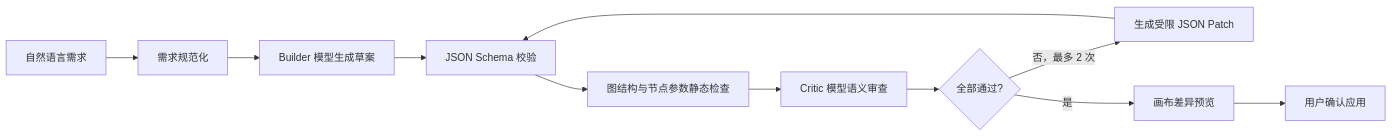
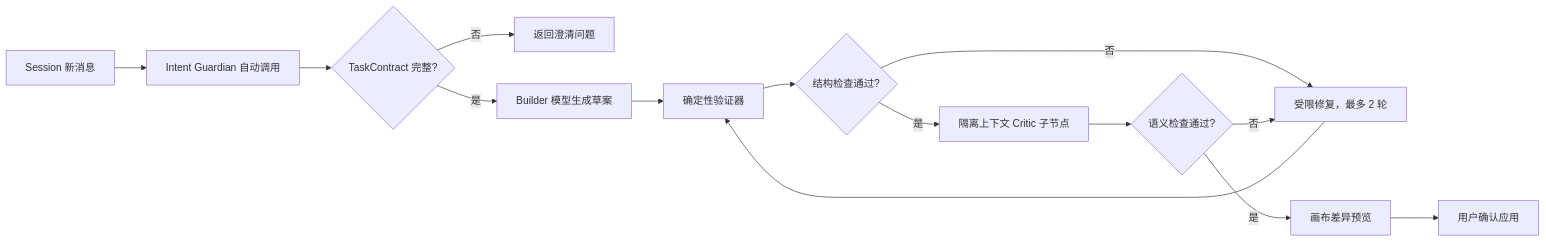
Before and after one commit to cdllang/ai-flow-studio: the diagram in AI_WORKFLOW_ASSISTANT_DESIGN.md, drawn with Mermaid. The commit also changed other lines of this file and 18 other files, not shown here.

````diff
--- a/AI_WORKFLOW_ASSISTANT_DESIGN.md
+++ b/AI_WORKFLOW_ASSISTANT_DESIGN.md
@@ -28,13 +40,16 @@
 ```mermaid
 flowchart LR
-    A[自然语言需求] --> B[需求规范化]
-    B --> C[Builder 模型生成草案]
-    C --> D[JSON Schema 校验]
-    D --> E[图结构与节点参数静态检查]
-    E --> F[Critic 模型语义审查]
-    F --> G{全部通过?}
-    G -->|否，最多 2 次| H[生成受限 JSON Patch]
-    H --> D
-    G -->|是| I[画布差异预览]
+    A[Session 新消息] --> B[Intent Guardian 自动调用]
+    B --> C{TaskContract 完整?}
+    C -->|否| Q[返回澄清问题]
+    C -->|是| D[Builder 模型生成草案]
+    D --> E[确定性验证器]
+    E --> F{结构检查通过?}
+    F -->|否| R[受限修复，最多 2 轮]
+    F -->|是| G[隔离上下文 Critic 子节点]
+    G --> H{语义检查通过?}
+    H -->|否| R
+    R --> E
+    H -->|是| I[画布差异预览]
     I --> J[用户确认应用]
 ```
````
